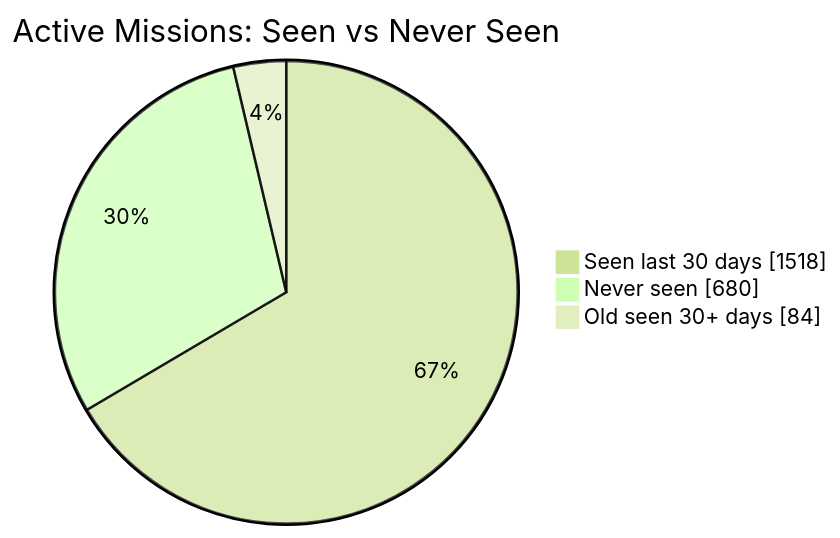
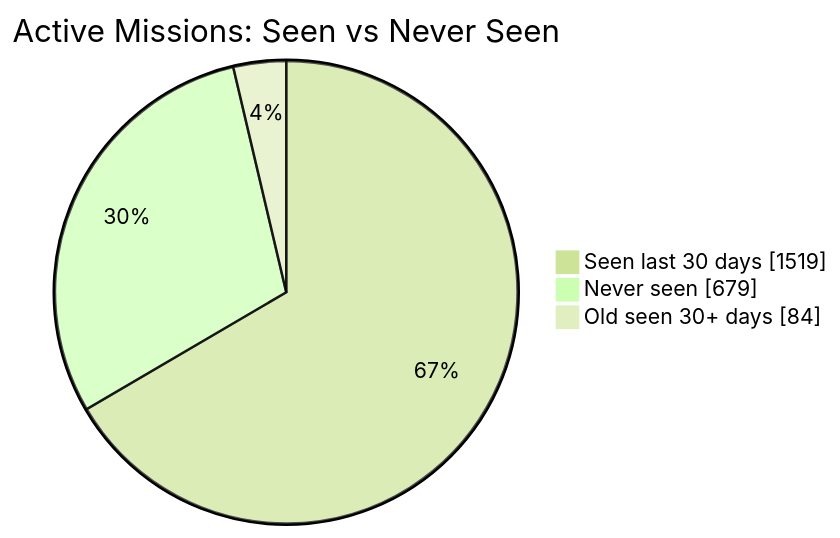
Before and after one commit to MeldkamerspelGameTeam/active-missions: the first of 2 diagrams in README.md, drawn with Mermaid (forest theme). The commit also changed other lines of this file and 2 other files, not shown here.

````diff
--- a/README.md
+++ b/README.md
@@ -34,7 +34,7 @@
 ```mermaid
 pie showData
     title Active Missions: Seen vs Never Seen
-    "Seen last 30 days" : 1518
-    "Never seen" : 680
+    "Seen last 30 days" : 1519
+    "Never seen" : 679
     "Old seen 30+ days" : 84
 ```
````
